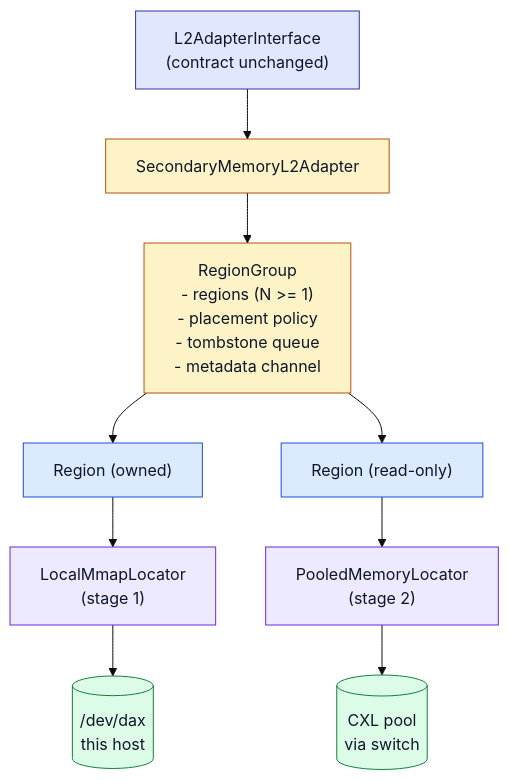
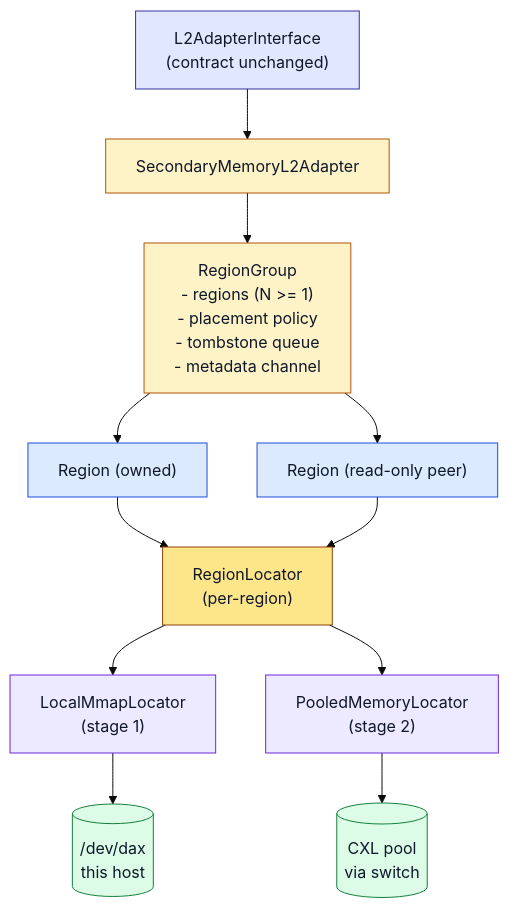
Before and after one commit to LMCache/LMCache: the diagram in docs/design/v1/distributed/l2_adapters/figures/design_overview.mmd, drawn with Mermaid (base theme). The commit also changed 2 other files, not shown here.

```diff
--- a/docs/design/v1/distributed/l2_adapters/figures/design_overview.mmd
+++ b/docs/design/v1/distributed/l2_adapters/figures/design_overview.mmd
@@ -1,30 +1,37 @@
 %% SecondaryMemoryL2Adapter design overview. Locators are the topology integration point.
+%% Both region types route through the same RegionLocator interface; either locator
+%% implementation can back either region type depending on the deployment topology.
 flowchart TB
   IFACE["L2AdapterInterface<br/>(contract unchanged)"]
   ADAPTER["SecondaryMemoryL2Adapter"]
   GROUP["RegionGroup<br/>- regions (N >= 1)<br/>- placement policy<br/>- tombstone queue<br/>- metadata channel"]
   ROWNED["Region (owned)"]
-  RREAD["Region (read-only)"]
+  RREAD["Region (read-only peer)"]
+  LOCATOR["RegionLocator<br/>(per-region)"]
   LOCAL["LocalMmapLocator<br/>(stage 1)"]
   POOLED["PooledMemoryLocator<br/>(stage 2)"]
   DAX[("/dev/dax<br/>this host")]
   POOL[("CXL pool<br/>via switch")]
 
   IFACE --> ADAPTER --> GROUP
   GROUP --> ROWNED
   GROUP --> RREAD
-  ROWNED --> LOCAL
-  RREAD --> POOLED
+  ROWNED --> LOCATOR
+  RREAD --> LOCATOR
+  LOCATOR --> LOCAL
+  LOCATOR --> POOLED
   LOCAL --> DAX
   POOLED --> POOL
 
   classDef api fill:#e0e7ff,stroke:#3730a3,color:#0f172a;
   classDef core fill:#fef3c7,stroke:#b45309,color:#0f172a;
   classDef region fill:#dbeafe,stroke:#1d4ed8,color:#0f172a;
+  classDef locIface fill:#fde68a,stroke:#92400e,color:#0f172a;
   classDef loc fill:#ede9fe,stroke:#6d28d9,color:#0f172a;
   classDef mem fill:#dcfce7,stroke:#15803d,color:#0f172a;
   class IFACE api;
   class ADAPTER,GROUP core;
   class ROWNED,RREAD region;
+  class LOCATOR locIface;
   class LOCAL,POOLED loc;
   class DAX,POOL mem;
```
